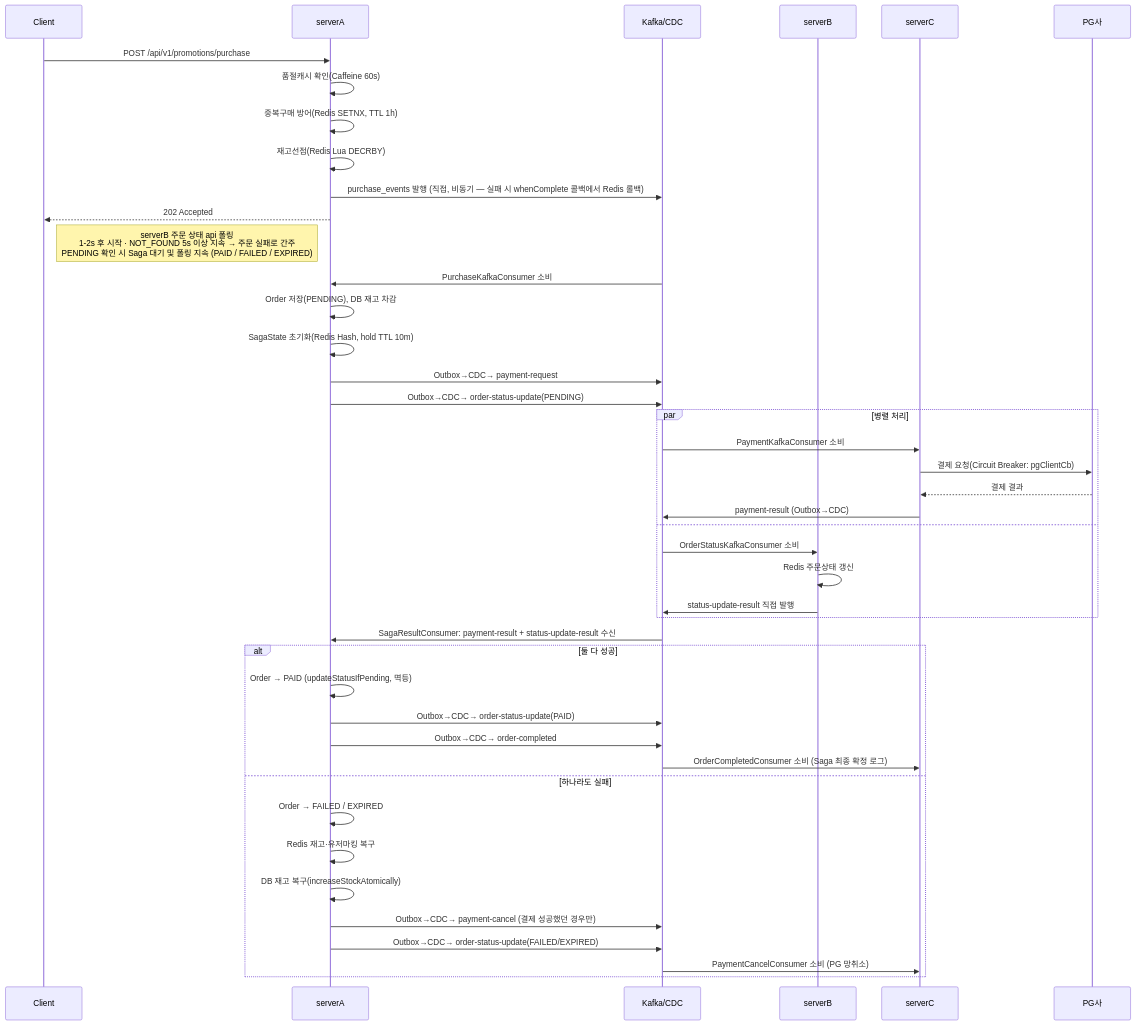
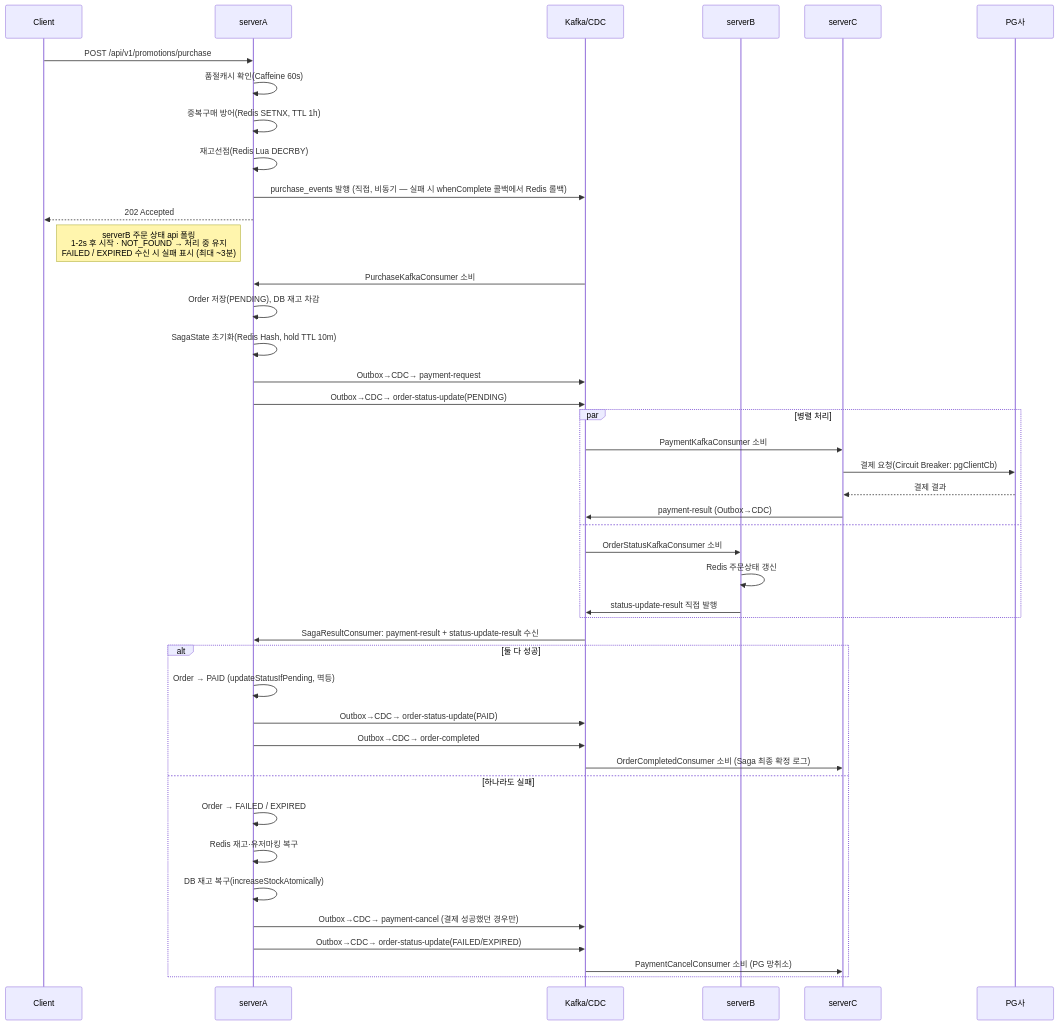
One commit to michi2012/goods-promotion-project changed the second of 3 diagrams in README.md. Above: the diagram before and after it, drawn with Mermaid. The commit also changed other lines of this file and 1 other file, not shown here.

````diff
--- a/README.md
+++ b/README.md
@@ -120,49 +120,49 @@
 ```mermaid
 sequenceDiagram
     participant C as Client
     participant A as serverA
     participant K as Kafka/CDC
     participant B as serverB
     participant SC as serverC
     participant PG as PG사
 
     C->>A: POST /api/v1/promotions/purchase
     A->>A: 품절캐시 확인(Caffeine 60s)
     A->>A: 중복구매 방어(Redis SETNX, TTL 1h)
     A->>A: 재고선점(Redis Lua DECRBY)
     A->>K: purchase_events 발행 (직접, 비동기 — 실패 시 whenComplete 콜백에서 Redis 롤백)
     A-->>C: 202 Accepted
-    Note right of C: serverB 주문 상태 api 폴링 <br/>1-2s 후 시작 · NOT_FOUND 5s 이상 지속 → 주문 실패로 간주<br/>PENDING 확인 시 Saga 대기 및 폴링 지속 (PAID / FAILED / EXPIRED)
+    Note right of C: serverB 주문 상태 api 폴링 <br/>1-2s 후 시작 · NOT_FOUND → 처리 중 유지<br/>FAILED / EXPIRED 수신 시 실패 표시 (최대 ~3분)
 
     K->>A: PurchaseKafkaConsumer 소비
     A->>A: Order 저장(PENDING), DB 재고 차감
     A->>A: SagaState 초기화(Redis Hash, hold TTL 10m)
     A->>K: Outbox→CDC→ payment-request
     A->>K: Outbox→CDC→ order-status-update(PENDING)
 
     par 병렬 처리
         K->>SC: PaymentKafkaConsumer 소비
         SC->>PG: 결제 요청(Circuit Breaker: pgClientCb)
         PG-->>SC: 결제 결과
         SC->>K: payment-result (Outbox→CDC)
     and
         K->>B: OrderStatusKafkaConsumer 소비
         B->>B: Redis 주문상태 갱신
         B->>K: status-update-result 직접 발행
     end
 
     K->>A: SagaResultConsumer: payment-result + status-update-result 수신
     alt 둘 다 성공
         A->>A: Order → PAID (updateStatusIfPending, 멱등)
         A->>K: Outbox→CDC→ order-status-update(PAID)
         A->>K: Outbox→CDC→ order-completed
         K->>SC: OrderCompletedConsumer 소비 (Saga 최종 확정 로그)
     else 하나라도 실패
         A->>A: Order → FAILED / EXPIRED
         A->>A: Redis 재고·유저마킹 복구
         A->>A: DB 재고 복구(increaseStockAtomically)
         A->>K: Outbox→CDC→ payment-cancel (결제 성공했던 경우만)
         A->>K: Outbox→CDC→ order-status-update(FAILED/EXPIRED)
         K->>SC: PaymentCancelConsumer 소비 (PG 망취소)
     end
 ```
````
